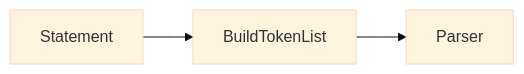
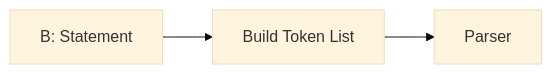
The sixth of 12 diagrams in README.md (tail1887/sql_parsor), drawn with Mermaid (base theme) before and after one commit. The commit also changed other lines of this file, not shown here.

````diff
--- a/README.md
+++ b/README.md
@@ -111,5 +102,5 @@
 ```mermaid
 flowchart LR
-    b1["Statement"] --> b2["BuildTokenList"]
+    b1["B: Statement"] --> b2["Build Token List"]
     b2 --> b3["Parser"]
 ```
````
